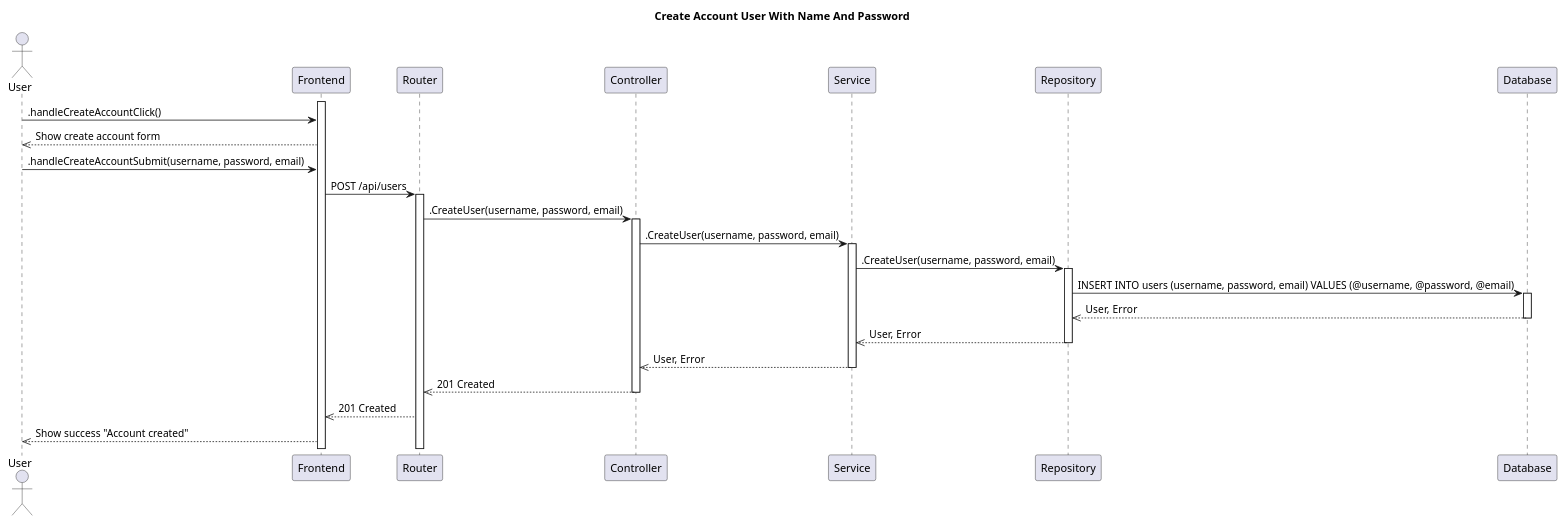
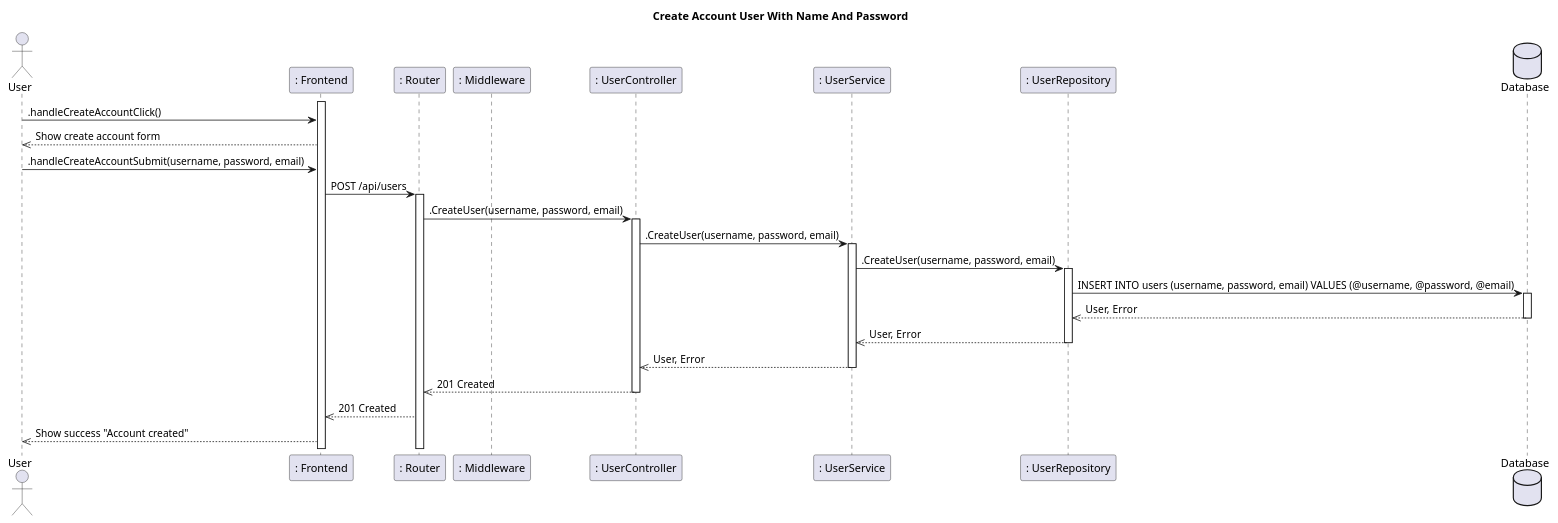
One commit to CS371-Project-Management/CS371-Sequence-Diagram changed the diagram in SD-Create-Account-User-With-Name-And-Password.puml. Above: the diagram before and after it, drawn with PlantUML. The commit also changed 4 other files, not shown here.

Commit message:
feat: update sequence diagrams to include detailed participants for log analysis, account creation, quiz creation, editing, and login processes

```diff
--- a/SD-Create-Account-User-With-Name-And-Password.puml
+++ b/SD-Create-Account-User-With-Name-And-Password.puml
@@ -1,39 +1,42 @@
 @startuml SequenceDiagram
 title Create Account User With Name And Password
 
 actor User
-participant Frontend
-participant Router
-participant Controller
-participant Service
-participant Repository
-participant Database
+participant ": Frontend" as Frontend
+participant ": Router" as Router
+participant ": Middleware" as Middleware
 
+participant ": UserController" as Controller
+participant ": UserService" as Service
+participant ": UserRepository" as Repository
+
+
+database Database
 activate Frontend
 
 User -> Frontend: .handleCreateAccountClick()
 Frontend -->> User: Show create account form
 
 User -> Frontend: .handleCreateAccountSubmit(username, password, email)
 Frontend -> Router: POST /api/users
 activate Router
 
 Router -> Controller: .CreateUser(username, password, email)
 activate Controller
 Controller -> Service: .CreateUser(username, password, email)
 activate Service
 Service -> Repository: .CreateUser(username, password, email)
 activate Repository
 Repository -> Database: INSERT INTO users (username, password, email) VALUES (@username, @password, @email)
 activate Database
 Database -->> Repository: User, Error
 deactivate Database
 Repository -->> Service: User, Error
 deactivate Repository
 Service -->> Controller: User, Error
 deactivate Service
 Controller -->> Router: 201 Created
 deactivate Controller
 Router -->> Frontend: 201 Created
 Frontend -->> User: Show success "Account created"
 @enduml
```
